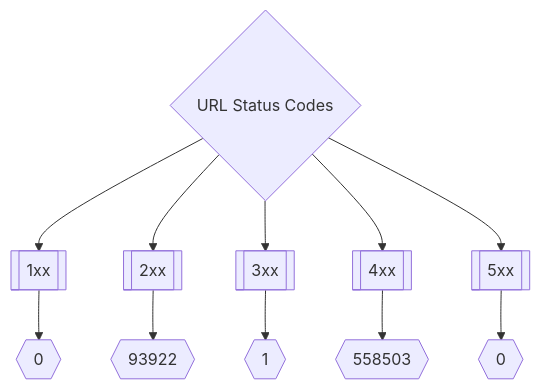
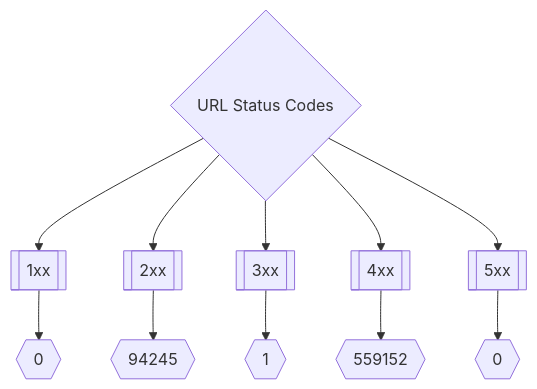
The second of 3 diagrams in README.md (trickest/inventory), drawn with Mermaid before and after one commit. The commit also changed other lines of this file, not shown here.

Commit message:
Update README.md Fri Jul  8 21:48:34 UTC 2022

````diff
--- a/README.md
+++ b/README.md
@@ -175,8 +175,8 @@
 ```mermaid
 graph TD
 title{URL Status Codes} --> 1xx[[1xx]] --> status1xxNum{{0}}
-title --> 2xx[[2xx]] --> status2xxNum{{93922}}
+title --> 2xx[[2xx]] --> status2xxNum{{94245}}
 title --> 3xx[[3xx]] --> status3xxNum{{1}}
-title --> 4xx[[4xx]] --> status4xxNum{{558503}}
+title --> 4xx[[4xx]] --> status4xxNum{{559152}}
 title --> 5xx[[5xx]] --> status5xxNum{{0}}
 ```
````
